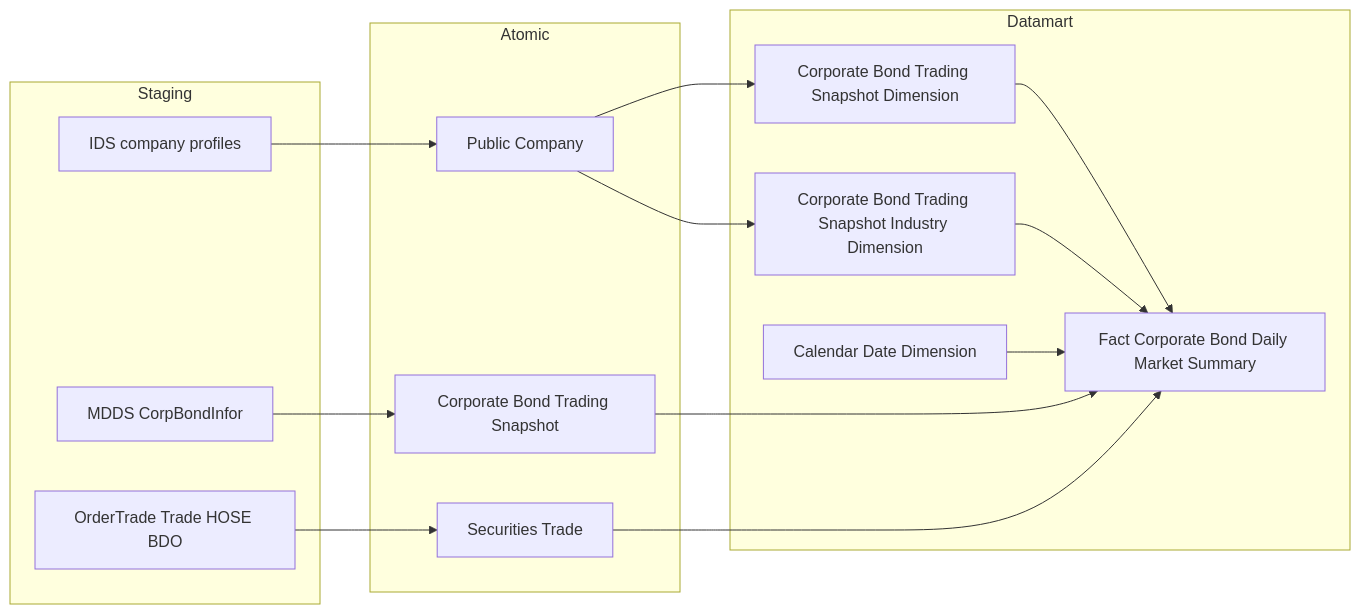
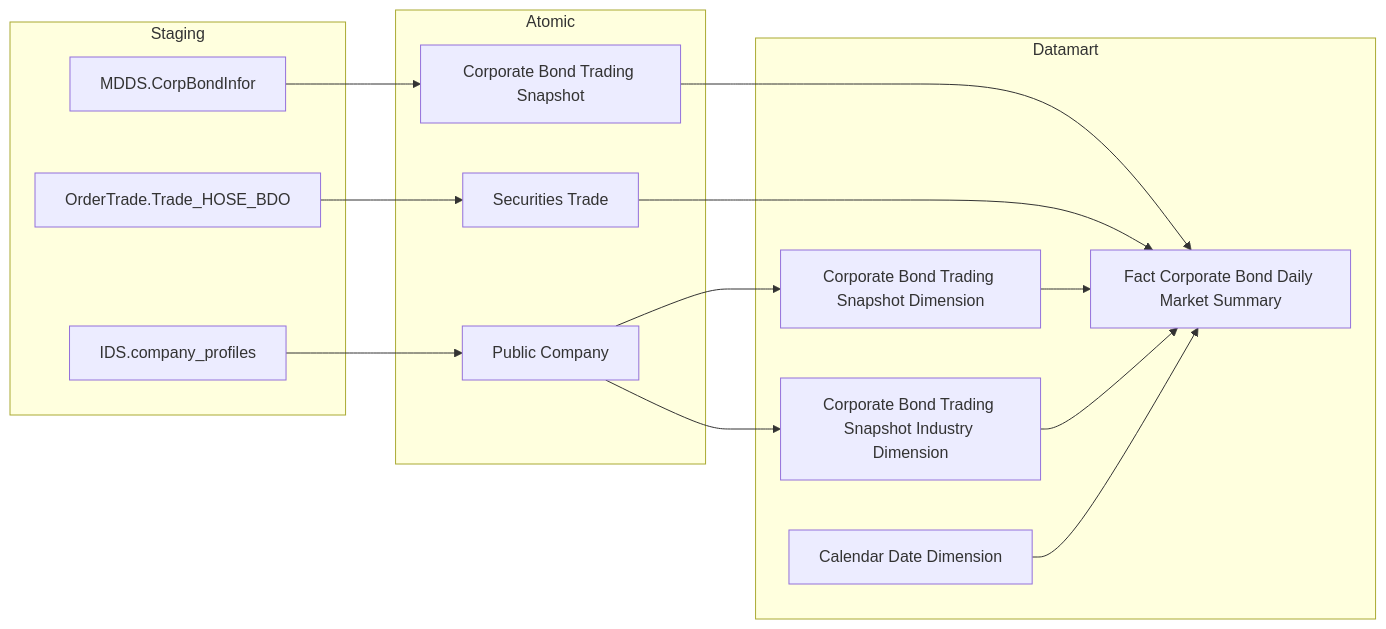
Before and after one commit to linhlvit/ubck_atomic_design: the second of 3 diagrams in docs/output/datamart/GSTT/DTM_GSTT_PTTK.md, drawn with Mermaid. The commit also changed other lines of this file and 34 other files, not shown here.

````diff
--- a/docs/output/datamart/GSTT/DTM_GSTT_PTTK.md
+++ b/docs/output/datamart/GSTT/DTM_GSTT_PTTK.md
@@ -79,29 +77,29 @@
 ```mermaid
 flowchart LR
     subgraph Staging
-        MDDS_CorpBondInfor["MDDS CorpBondInfor"]
-        OrderTrade_Trade_HOSE_BDO["OrderTrade Trade HOSE BDO"]
-        IDS_company_profiles["IDS company profiles"]
+        MDDS_CorpBondInfor["MDDS.CorpBondInfor"]
+        OrderTrade_Trade_HOSE_BDO["OrderTrade.Trade_HOSE_BDO"]
+        IDS_company_profiles["IDS.company_profiles"]
     end
     subgraph Atomic
-        A2A["Corporate Bond Trading Snapshot"]
-        A2B["Securities Trade"]
-        A2C["Public Company"]
+        Corporate_Bond_Trading_Snapshot["Corporate Bond Trading Snapshot"]
+        Securities_Trade["Securities Trade"]
+        Public_Company["Public Company"]
     end
     subgraph Datamart
-        D3["Corporate Bond Trading Snapshot Dimension"]
-        D4["Corporate Bond Trading Snapshot Industry Dimension"]
-        D5["Calendar Date Dimension"]
-        F2["Fact Corporate Bond Daily Market Summary"]
-        D3 --> F2
-        D4 --> F2
-        D5 --> F2
+        fct_cb_dly_mkt_smy["Fact Corporate Bond Daily Market Summary"]
+        cb_tdg_snpst_dim["Corporate Bond Trading Snapshot Dimension"]
+        cb_tdg_snpst_idy_dim["Corporate Bond Trading Snapshot Industry Dimension"]
+        cdr_dt_dim["Calendar Date Dimension"]
     end
-    MDDS_CorpBondInfor --> A2A
-    OrderTrade_Trade_HOSE_BDO --> A2B
-    IDS_company_profiles --> A2C
-    A2A --> F2
-    A2B --> F2
-    A2C --> D3
-    A2C --> D4
+    MDDS_CorpBondInfor --> Corporate_Bond_Trading_Snapshot
+    OrderTrade_Trade_HOSE_BDO --> Securities_Trade
+    IDS_company_profiles --> Public_Company
+    Corporate_Bond_Trading_Snapshot --> fct_cb_dly_mkt_smy
+    Securities_Trade --> fct_cb_dly_mkt_smy
+    Public_Company --> cb_tdg_snpst_dim
+    Public_Company --> cb_tdg_snpst_idy_dim
+    cb_tdg_snpst_dim --> fct_cb_dly_mkt_smy
+    cb_tdg_snpst_idy_dim --> fct_cb_dly_mkt_smy
+    cdr_dt_dim --> fct_cb_dly_mkt_smy
 ```
````
